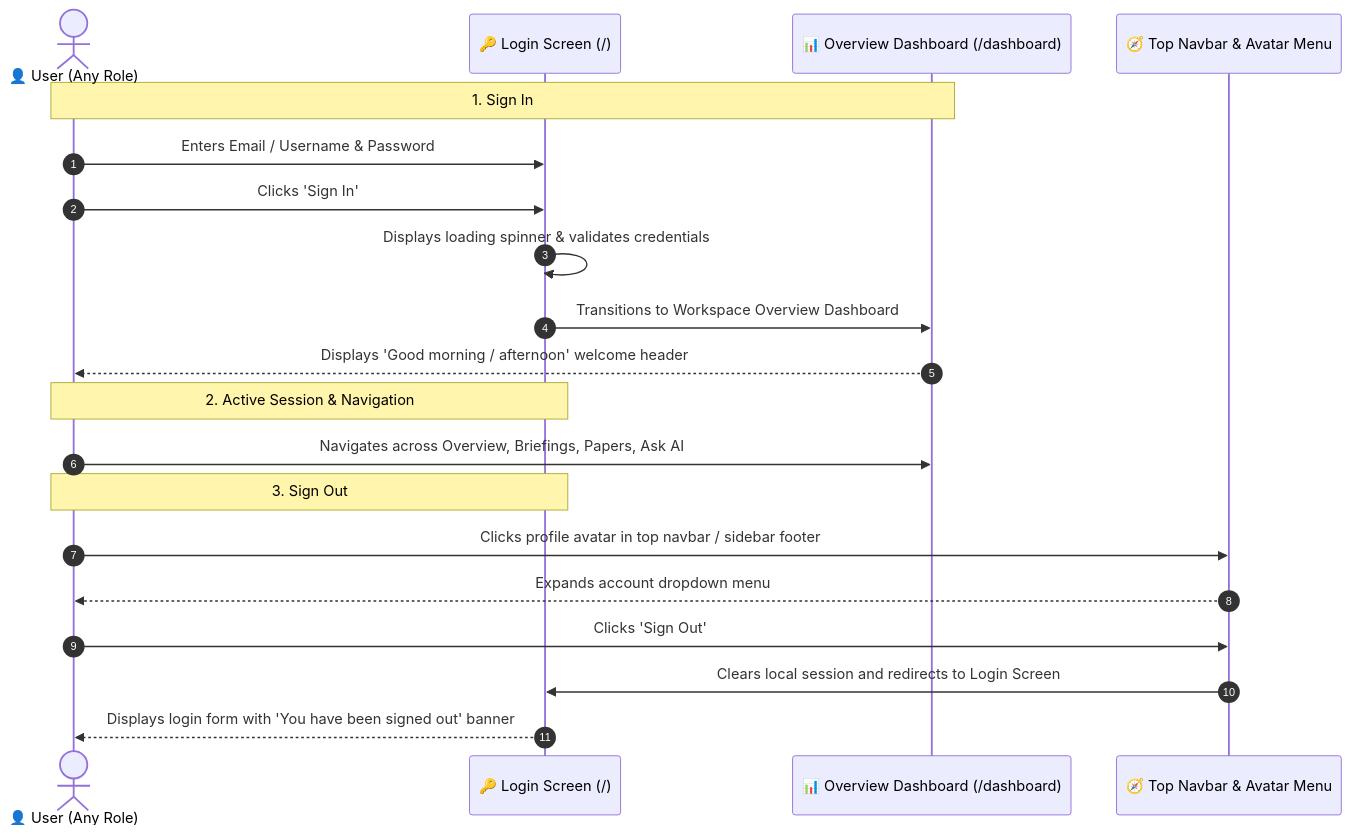
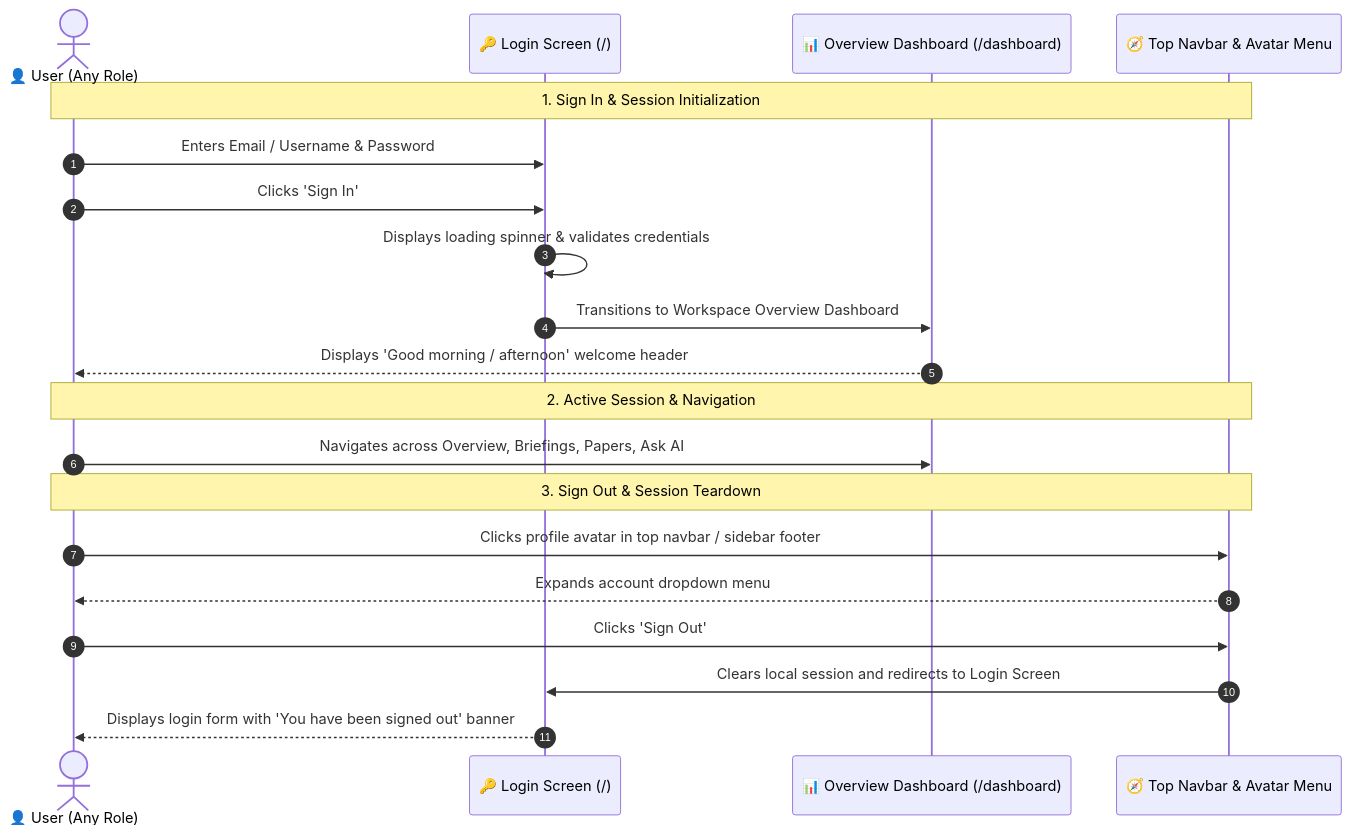
The fourth of 5 diagrams in docs/user_journeys/stage_2_user_journeys.md (p4ku/research-intelligence), drawn with Mermaid before and after one commit. The commit also changed other lines of this file, not shown here.

Commit message:
docs: add phase note banners across all Mermaid sequence diagrams for clear visual stage grouping

````diff
--- a/docs/user_journeys/stage_2_user_journeys.md
+++ b/docs/user_journeys/stage_2_user_journeys.md
@@ -237,25 +258,25 @@
 ```mermaid
 sequenceDiagram
     autonumber
     actor User as 👤 User (Any Role)
     participant LoginScreen as 🔑 Login Screen (/)
     participant Dashboard as 📊 Overview Dashboard (/dashboard)
     participant AvatarMenu as 🧭 Top Navbar & Avatar Menu
 
-    Note over User,Dashboard: 1. Sign In
+    Note over User,AvatarMenu: 1. Sign In & Session Initialization
     User->>LoginScreen: Enters Email / Username & Password
     User->>LoginScreen: Clicks 'Sign In'
     LoginScreen->>LoginScreen: Displays loading spinner & validates credentials
     LoginScreen->>Dashboard: Transitions to Workspace Overview Dashboard
     Dashboard-->>User: Displays 'Good morning / afternoon' welcome header
 
-    Note over User,LoginScreen: 2. Active Session & Navigation
+    Note over User,AvatarMenu: 2. Active Session & Navigation
     User->>Dashboard: Navigates across Overview, Briefings, Papers, Ask AI
 
-    Note over User,LoginScreen: 3. Sign Out
+    Note over User,AvatarMenu: 3. Sign Out & Session Teardown
     User->>AvatarMenu: Clicks profile avatar in top navbar / sidebar footer
     AvatarMenu-->>User: Expands account dropdown menu
     User->>AvatarMenu: Clicks 'Sign Out'
     AvatarMenu->>LoginScreen: Clears local session and redirects to Login Screen
     LoginScreen-->>User: Displays login form with 'You have been signed out' banner
 ```
````
